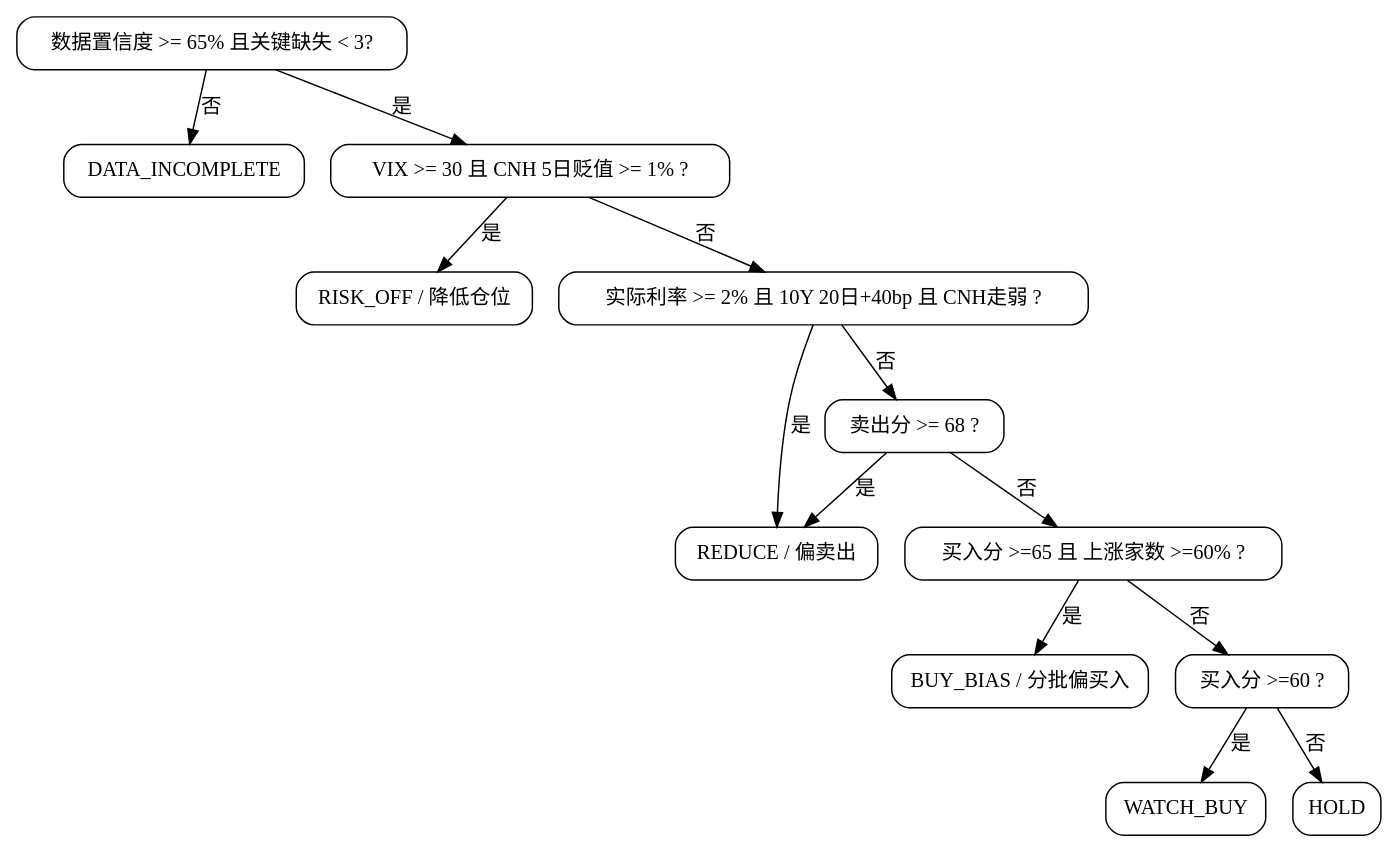
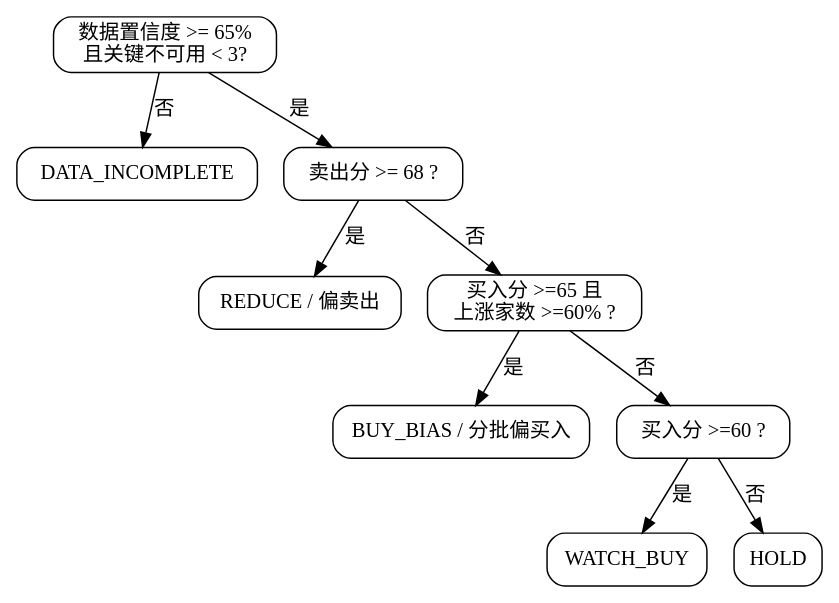
One commit to morewnutri/a_share_risk_engine changed the diagram in decision_tree.dot. Above: the diagram before and after it, drawn with Graphviz. The commit also changed 7 other files, not shown here.

```diff
--- a/decision_tree.dot
+++ b/decision_tree.dot
@@ -1,22 +1,17 @@
 digraph AShareRiskTree {
     rankdir=TB;
     node [shape=box, style="rounded"];
-    A [label="数据置信度 >= 65% 且关键缺失 < 3?"];
+    A [label="数据置信度 >= 65%\n且关键不可用 < 3?"];
     B [label="DATA_INCOMPLETE"];
-    C [label="VIX >= 30 且 CNH 5日贬值 >= 1% ?"];
-    D [label="RISK_OFF / 降低仓位"];
-    E [label="实际利率 >= 2% 且 10Y 20日+40bp 且 CNH走弱 ?"];
-    F [label="REDUCE / 偏卖出"];
-    G [label="卖出分 >= 68 ?"];
-    H [label="买入分 >=65 且 上涨家数 >=60% ?"];
-    I [label="BUY_BIAS / 分批偏买入"];
-    J [label="买入分 >=60 ?"];
-    K [label="WATCH_BUY"];
-    L [label="HOLD"];
+    C [label="卖出分 >= 68 ?"];
+    D [label="REDUCE / 偏卖出"];
+    E [label="买入分 >=65 且\n上涨家数 >=60% ?"];
+    F [label="BUY_BIAS / 分批偏买入"];
+    G [label="买入分 >=60 ?"];
+    H [label="WATCH_BUY"];
+    I [label="HOLD"];
     A -> B [label="否"]; A -> C [label="是"];
     C -> D [label="是"]; C -> E [label="否"];
     E -> F [label="是"]; E -> G [label="否"];
-    G -> F [label="是"]; G -> H [label="否"];
-    H -> I [label="是"]; H -> J [label="否"];
-    J -> K [label="是"]; J -> L [label="否"];
+    G -> H [label="是"]; G -> I [label="否"];
 }
```
